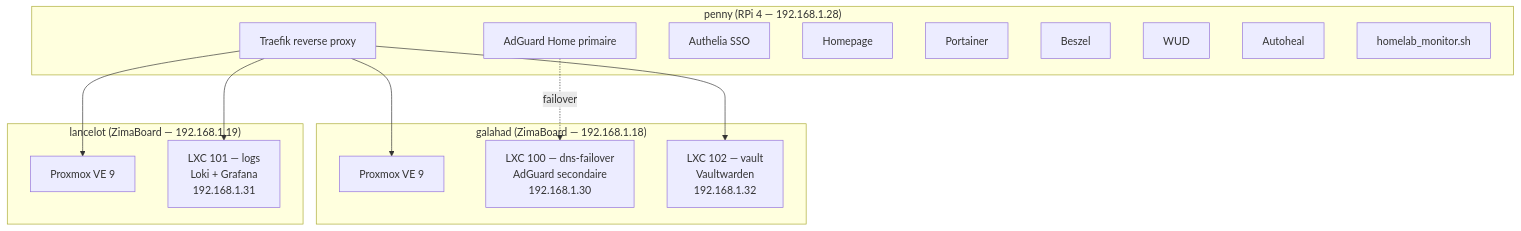
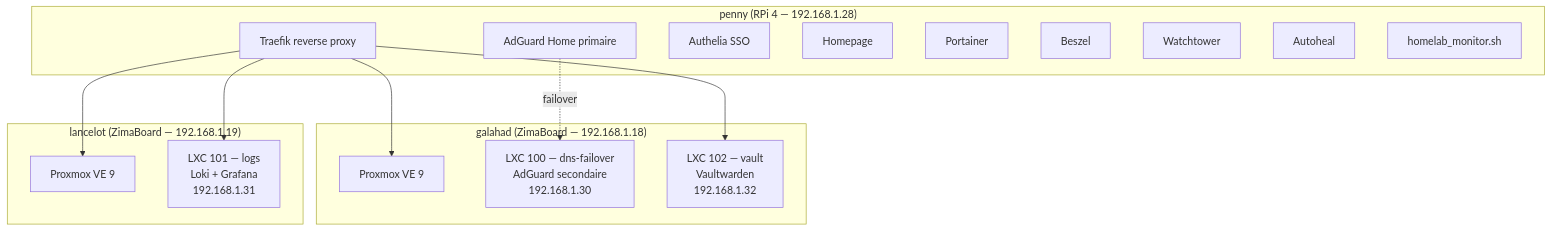
The first of 2 diagrams in docs/infrastructure/break-glass.md (GabinSMD/homelab-doc), drawn with Mermaid before and after one commit. The commit also changed other lines of this file and 17 other files, not shown here.

````diff
--- a/docs/infrastructure/break-glass.md
+++ b/docs/infrastructure/break-glass.md
@@ -24,31 +24,31 @@
 ```mermaid
 graph TB
     subgraph penny["penny (RPi 4 — 192.168.1.28)"]
         traefik[Traefik reverse proxy]
         adguard1[AdGuard Home primaire]
         authelia[Authelia SSO]
         homepage[Homepage]
         portainer[Portainer]
         beszel[Beszel]
-        wud[WUD]
+        watchtower[Watchtower]
         autoheal[Autoheal]
         monitor[homelab_monitor.sh]
     end
 
     subgraph galahad["galahad (ZimaBoard — 192.168.1.18)"]
         pve1[Proxmox VE 9]
         lxc100[LXC 100 — dns-failover<br/>AdGuard secondaire<br/>192.168.1.30]
         lxc102[LXC 102 — vault<br/>Vaultwarden<br/>192.168.1.32]
     end
 
     subgraph lancelot["lancelot (ZimaBoard — 192.168.1.19)"]
         pve2[Proxmox VE 9]
         lxc101[LXC 101 — logs<br/>Loki + Grafana<br/>192.168.1.31]
     end
 
     traefik --> lxc102
     traefik --> lxc101
     traefik --> pve1
     traefik --> pve2
     adguard1 -.->|failover| lxc100
 ```
````
